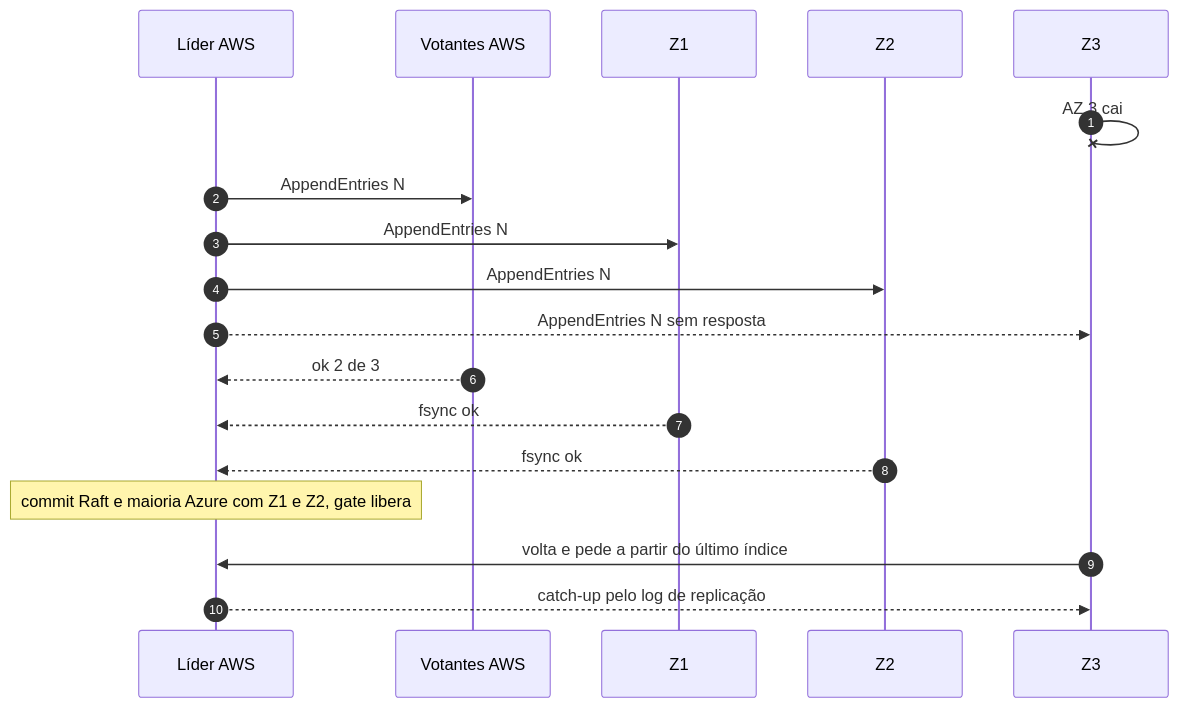
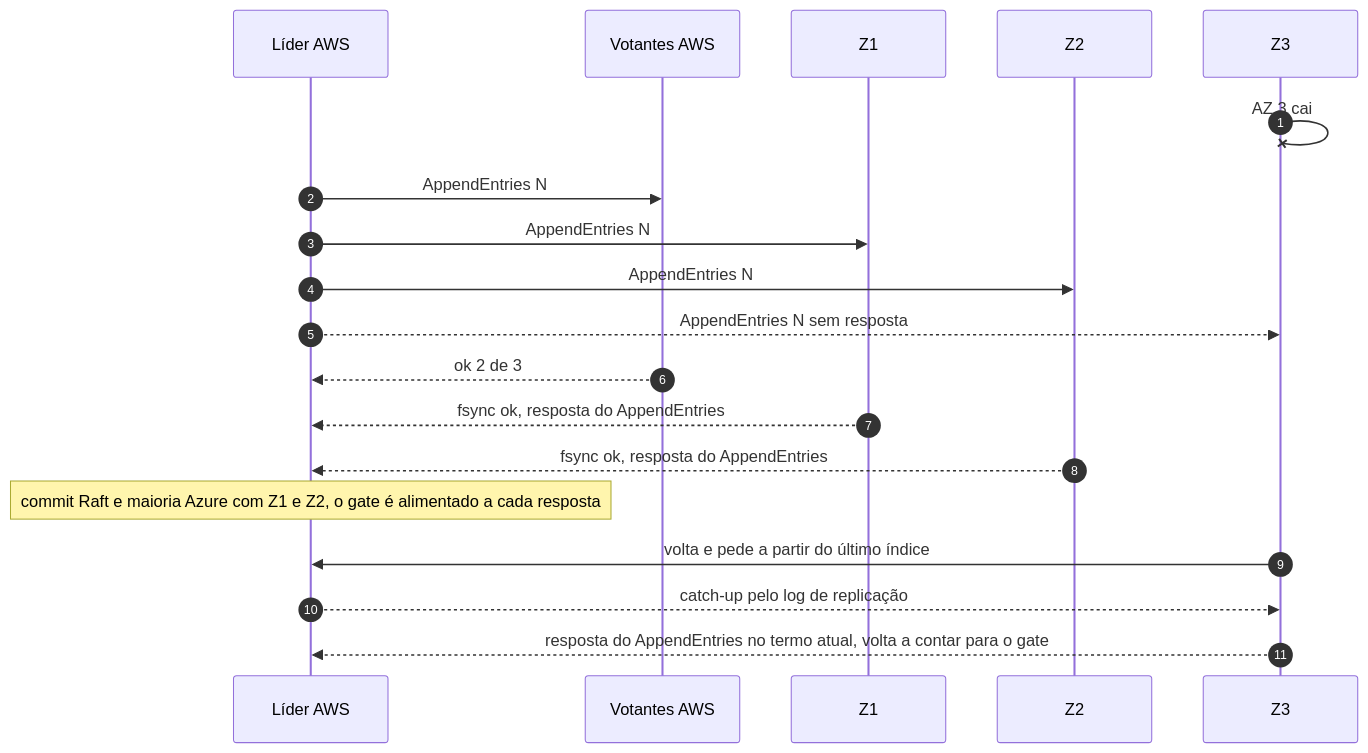
The diagram in 02_cenarios/atualizados/C09-queda-de-az-azure.md (brbarmex/k), drawn with Mermaid before and after one commit. The commit also changed other lines of this file and 139 other files, not shown here.

````diff
--- a/02_cenarios/atualizados/C09-queda-de-az-azure.md
+++ b/02_cenarios/atualizados/C09-queda-de-az-azure.md
@@ -11,20 +11,21 @@
 ```mermaid
 sequenceDiagram
     autonumber
     participant L as Líder AWS
     participant AW as Votantes AWS
     participant Z1 as Z1
     participant Z2 as Z2
     participant Z3 as Z3
     Z3-xZ3: AZ 3 cai
     L->>AW: AppendEntries N
     L->>Z1: AppendEntries N
     L->>Z2: AppendEntries N
     L-->>Z3: AppendEntries N sem resposta
     AW-->>L: ok 2 de 3
-    Z1-->>L: fsync ok
-    Z2-->>L: fsync ok
-    Note over L: commit Raft e maioria Azure com Z1 e Z2, gate libera
+    Z1-->>L: fsync ok, resposta do AppendEntries
+    Z2-->>L: fsync ok, resposta do AppendEntries
+    Note over L: commit Raft e maioria Azure com Z1 e Z2, o gate é alimentado a cada resposta
     Z3->>L: volta e pede a partir do último índice
     L-->>Z3: catch-up pelo log de replicação
+    Z3-->>L: resposta do AppendEntries no termo atual, volta a contar para o gate
 ```
````
